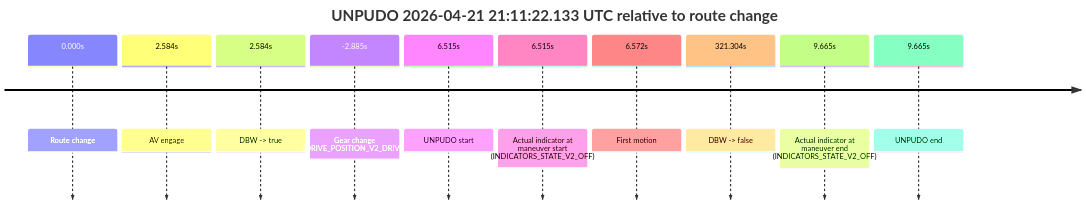
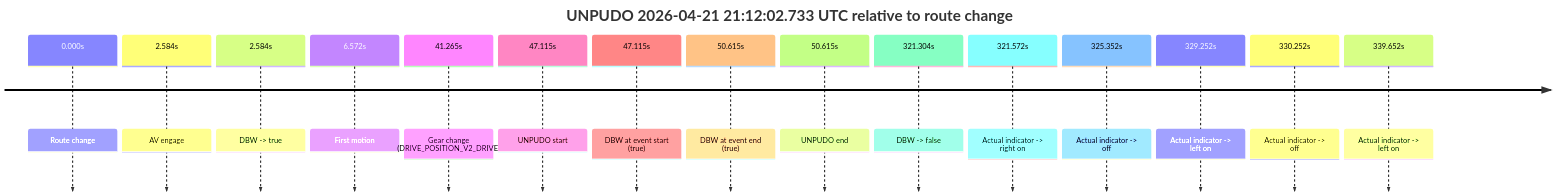
The third of 9 diagrams in model_analysis/report_cards/2026/04/Week-4/fme20009--2026-04-21--20-53-31--gen2-av-c485ff0d-599e-495f-bee7-17c4a854ab52.md (yoelshapiro/vault), drawn with Mermaid before and after one commit. The commit also changed other lines of this file and 5 other files, not shown here.

````diff
--- a/model_analysis/report_cards/2026/04/Week-4/fme20009--2026-04-21--20-53-31--gen2-av-c485ff0d-599e-495f-bee7-17c4a854ab52.md
+++ b/model_analysis/report_cards/2026/04/Week-4/fme20009--2026-04-21--20-53-31--gen2-av-c485ff0d-599e-495f-bee7-17c4a854ab52.md
@@ -215,14 +230,19 @@
 ```mermaid
 timeline
-    title UNPUDO 2026-04-21 21:11:22.133 UTC relative to route change
+    title UNPUDO 2026-04-21 21:12:02.733 UTC relative to route change
     0.000s : Route change
     2.584s : AV engage
     2.584s : DBW -> true
-    -2.885s : Gear change (DRIVE_POSITION_V2_DRIVE)
-    6.515s : UNPUDO start
-    6.515s : Actual indicator at maneuver start (INDICATORS_STATE_V2_OFF)
     6.572s : First motion
+    41.265s : Gear change (DRIVE_POSITION_V2_DRIVE)
+    47.115s : UNPUDO start
+    47.115s : DBW at event start (true)
+    50.615s : DBW at event end (true)
+    50.615s : UNPUDO end
     321.304s : DBW -> false
-    9.665s : Actual indicator at maneuver end (INDICATORS_STATE_V2_OFF)
-    9.665s : UNPUDO end
+    321.572s : Actual indicator -> right on
+    325.352s : Actual indicator -> off
+    329.252s : Actual indicator -> left on
+    330.252s : Actual indicator -> off
+    339.652s : Actual indicator -> left on
 ```
````
